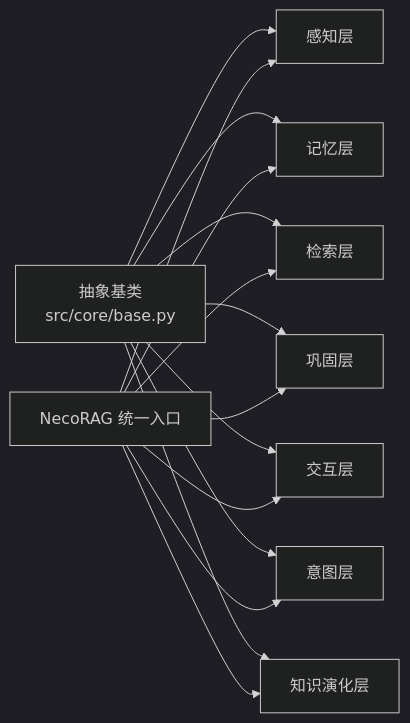
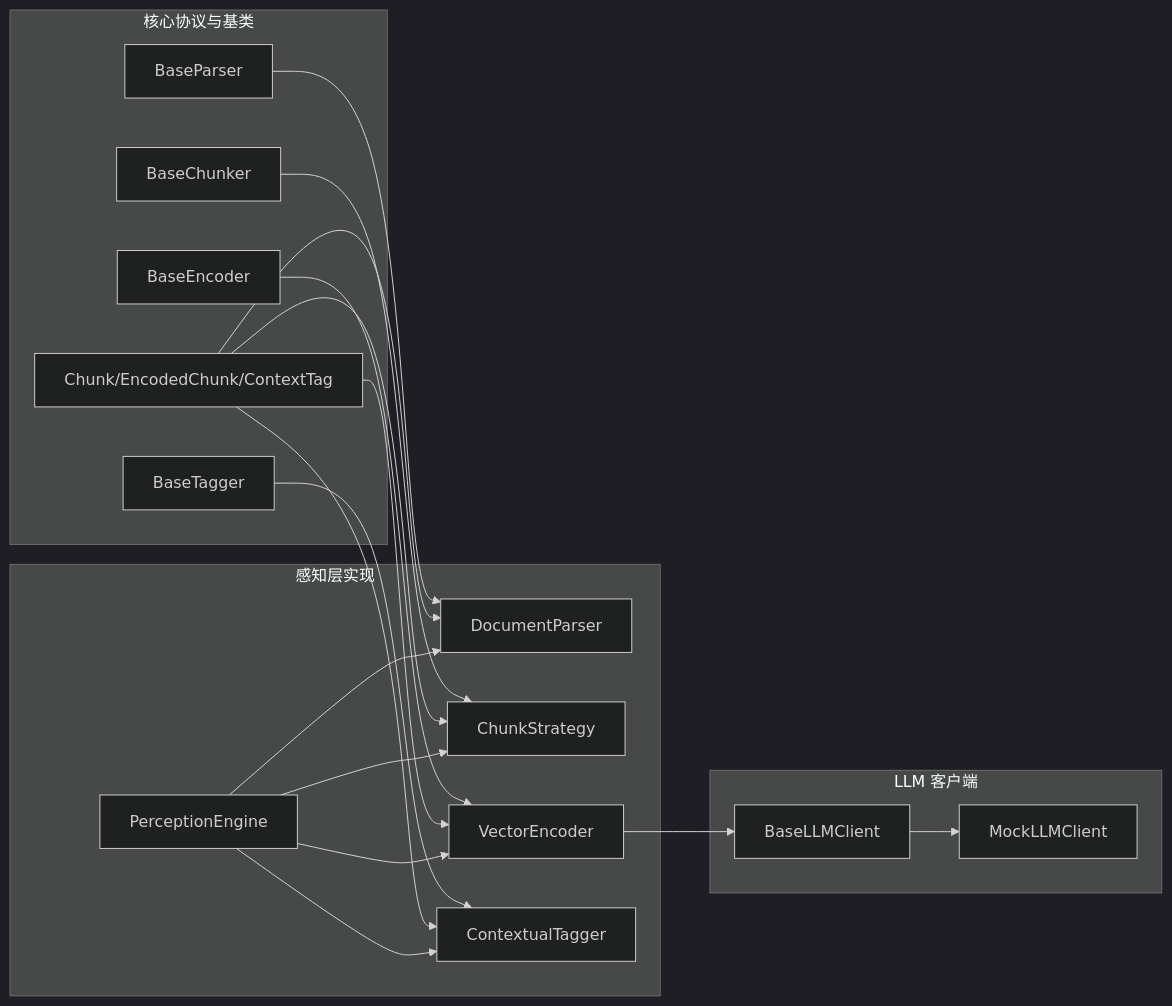
The eighth of 9 diagrams in .qoder/repowiki/zh/content/项目概述/技术架构概览.md (JieGaoPrinceton/NecoRAG), drawn with Mermaid (dark theme) before and after one commit. The commit also changed other lines of this file and 181 other files, not shown here.

````diff
--- a/.qoder/repowiki/zh/content/项目概述/技术架构概览.md
+++ b/.qoder/repowiki/zh/content/项目概述/技术架构概览.md
@@ -351,17 +494,35 @@
 ```mermaid
 graph LR
-Base["抽象基类<br/>src/core/base.py"] --> P["感知层"]
-Base --> M["记忆层"]
-Base --> R["检索层"]
-Base --> F["巩固层"]
-Base --> S["交互层"]
-Base --> I["意图层"]
-Base --> K["知识演化层"]
-N["NecoRAG 统一入口"] --> P
-N --> M
-N --> R
-N --> F
-N --> S
-N --> I
-N --> K
+subgraph "核心协议与基类"
+BP["BaseParser"]
+BC["BaseChunker"]
+BE["BaseEncoder"]
+BT["BaseTagger"]
+CP["Chunk/EncodedChunk/ContextTag"]
+end
+subgraph "感知层实现"
+DP["DocumentParser"]
+CS["ChunkStrategy"]
+VE["VectorEncoder"]
+CT["ContextualTagger"]
+PE["PerceptionEngine"]
+end
+subgraph "LLM 客户端"
+BLC["BaseLLMClient"]
+ML["MockLLMClient"]
+end
+BP --> DP
+BC --> CS
+BE --> VE
+BT --> CT
+CP --> DP
+CP --> CS
+CP --> VE
+CP --> CT
+VE --> BLC
+BLC --> ML
+PE --> DP
+PE --> CS
+PE --> VE
+PE --> CT
 ```
````
